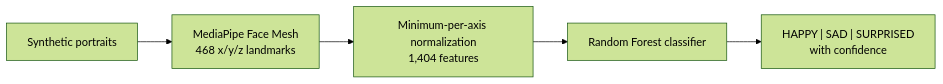
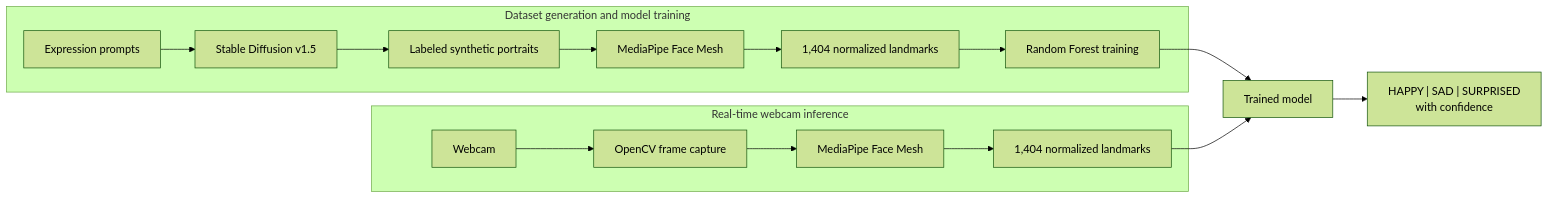
The diagram in README.md (matemink/ExpressionMesh), drawn with Mermaid (forest theme) before and after one commit. The commit also changed other lines of this file, not shown here.

Commit message:
Clarify the end-to-end vision pipeline (#4)

````diff
--- a/README.md
+++ b/README.md
@@ -16,7 +19,20 @@
 ```mermaid
 flowchart LR
-    Portraits["Synthetic portraits"] --> Mesh["MediaPipe Face Mesh<br/>468 x/y/z landmarks"]
-    Mesh --> Normalize["Minimum-per-axis normalization<br/>1,404 features"]
-    Normalize --> Classifier["Random Forest classifier"]
-    Classifier --> Result["HAPPY | SAD | SURPRISED<br/>with confidence"]
+    subgraph Training["Dataset generation and model training"]
+        Prompts["Expression prompts"] --> SD["Stable Diffusion v1.5"]
+        SD --> Dataset["Labeled synthetic portraits"]
+        Dataset --> TrainMesh["MediaPipe Face Mesh"]
+        TrainMesh --> TrainFeatures["1,404 normalized landmarks"]
+        TrainFeatures --> Train["Random Forest training"]
+    end
+
+    subgraph Runtime["Real-time webcam inference"]
+        Webcam["Webcam"] --> OpenCV["OpenCV frame capture"]
+        OpenCV --> LiveMesh["MediaPipe Face Mesh"]
+        LiveMesh --> LiveFeatures["1,404 normalized landmarks"]
+    end
+
+    Train --> Model["Trained model"]
+    LiveFeatures --> Model
+    Model --> Result["HAPPY | SAD | SURPRISED<br/>with confidence"]
 ```
````
